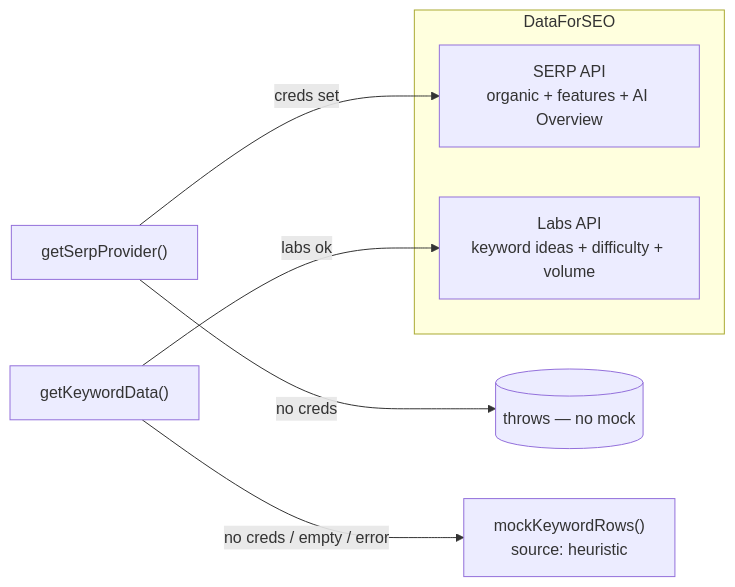
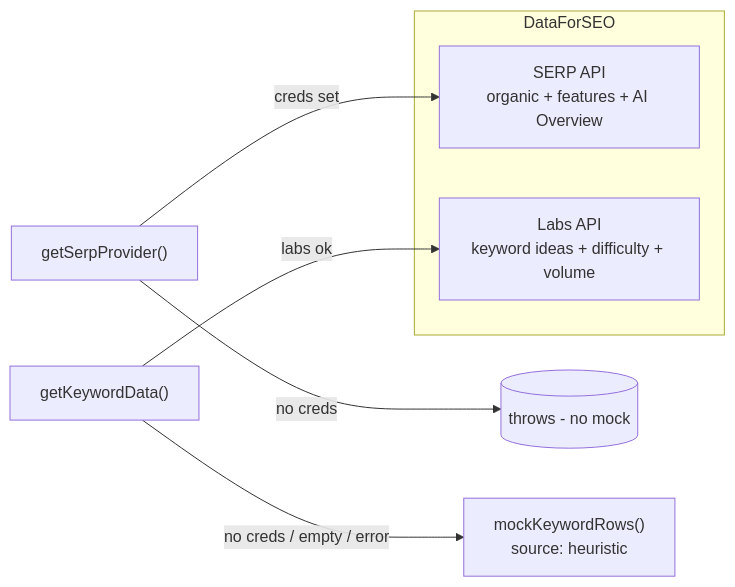
The diagram in backend/seo-engine.mdx (biplobghatak/documentation), drawn with Mermaid before and after one commit. The commit also changed other lines of this file and 83 other files, not shown here.

````diff
--- a/backend/seo-engine.mdx
+++ b/backend/seo-engine.mdx
@@ -16,11 +16,11 @@
 ```mermaid
 flowchart LR
   subgraph DataForSEO
     SERP[SERP API<br/>organic + features + AI Overview]
     LABS[Labs API<br/>keyword ideas + difficulty + volume]
   end
   GP["getSerpProvider()"] -->|creds set| SERP
-  GP -->|no creds| THROW[(throws — no mock)]
+  GP -->|no creds| THROW[(throws - no mock)]
   KD["getKeywordData()"] -->|labs ok| LABS
   KD -->|no creds / empty / error| MOCK["mockKeywordRows()<br/>source: heuristic"]
 ```
````
